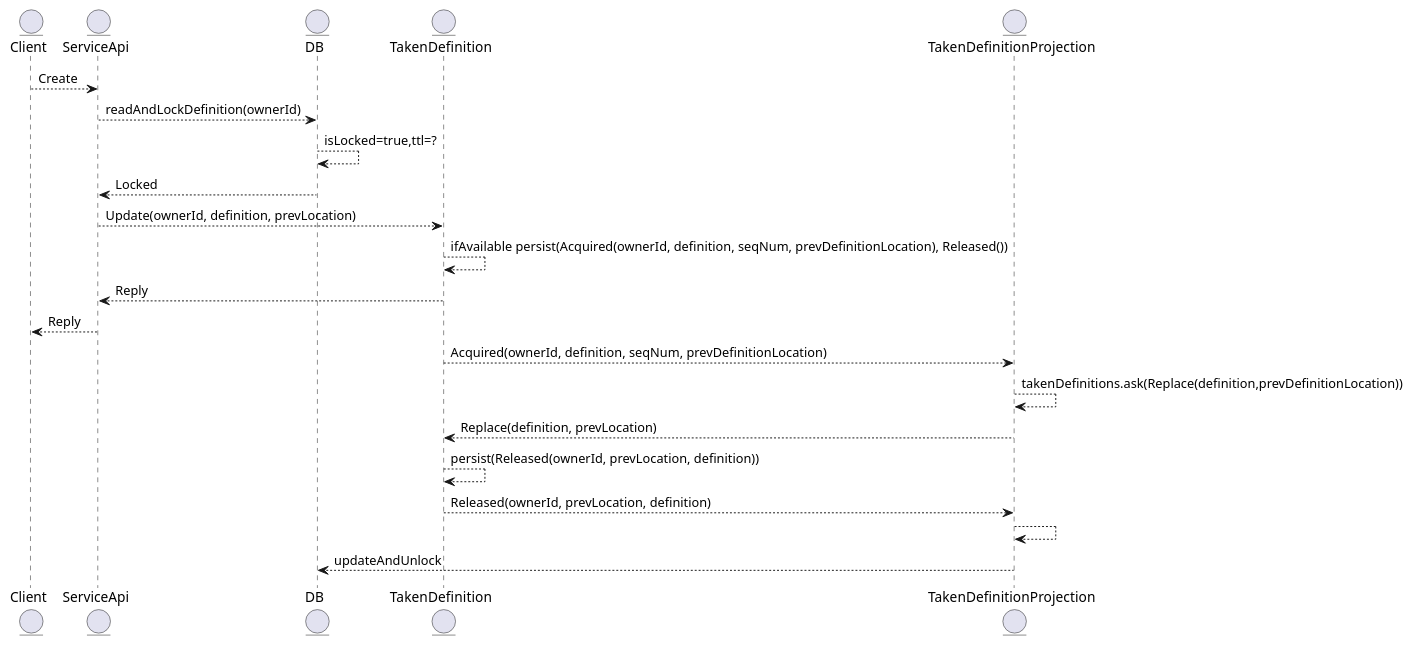
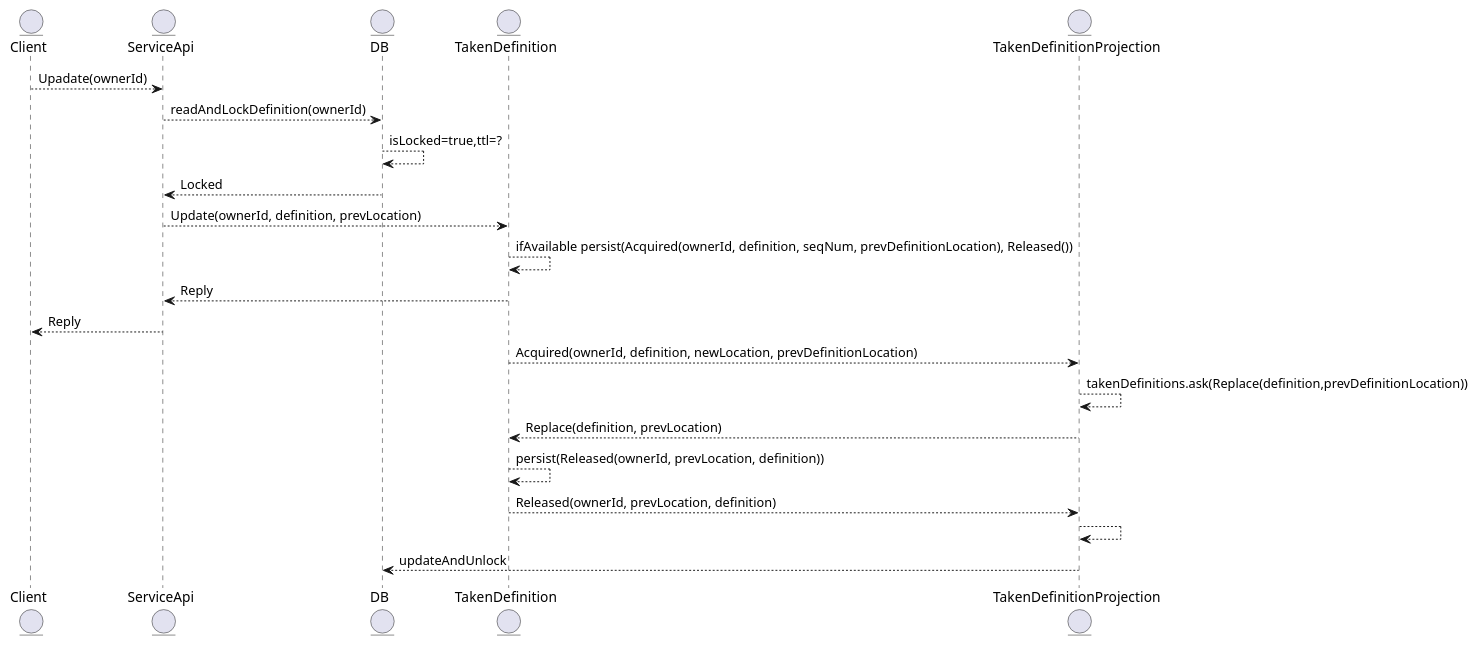
The second of 2 diagrams in seq-diagrams.md (haghard/unique-definition-management), drawn with PlantUML before and after one commit. The commit also changed 21 other files, not shown here.

````diff
--- a/seq-diagrams.md
+++ b/seq-diagrams.md
@@ -44,42 +44,42 @@
 ```plantuml
 @startuml
 
 entity Client
 
 entity ServiceApi
 
 entity DB
 
 entity TakenDefinition
 
 entity TakenDefinitionProjection
 
-Client --> ServiceApi : Create
+Client --> ServiceApi : Upadate(ownerId)
 
 ServiceApi --> DB: readAndLockDefinition(ownerId)
 
 DB --> DB: isLocked=true,ttl=?
  
 DB --> ServiceApi: Locked
 
 ServiceApi --> TakenDefinition: Update(ownerId, definition, prevLocation)
 
 TakenDefinition --> TakenDefinition: ifAvailable persist(Acquired(ownerId, definition, seqNum, prevDefinitionLocation), Released())  
 
 TakenDefinition --> ServiceApi : Reply 
 ServiceApi --> Client: Reply
 
-TakenDefinition --> TakenDefinitionProjection: Acquired(ownerId, definition, seqNum, prevDefinitionLocation)
+TakenDefinition --> TakenDefinitionProjection: Acquired(ownerId, definition, newLocation, prevDefinitionLocation)
 TakenDefinitionProjection --> TakenDefinitionProjection: takenDefinitions.ask(Replace(definition,prevDefinitionLocation))
 
 TakenDefinitionProjection --> TakenDefinition: Replace(definition, prevLocation) 
                                                            
 TakenDefinition --> TakenDefinition : persist(Released(ownerId, prevLocation, definition))  
 TakenDefinition --> TakenDefinitionProjection: Released(ownerId, prevLocation, definition)
 
 TakenDefinitionProjection --> TakenDefinitionProjection 
 
 TakenDefinitionProjection --> DB: updateAndUnlock 
 
 @enduml
 ```
````
